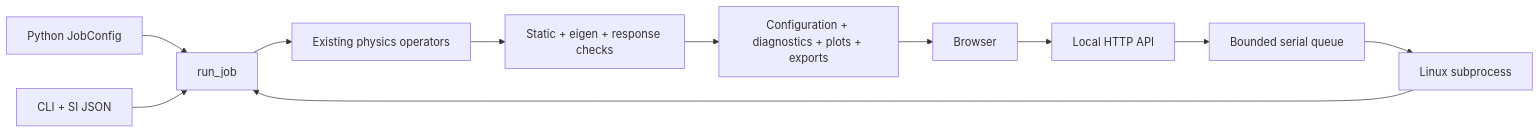
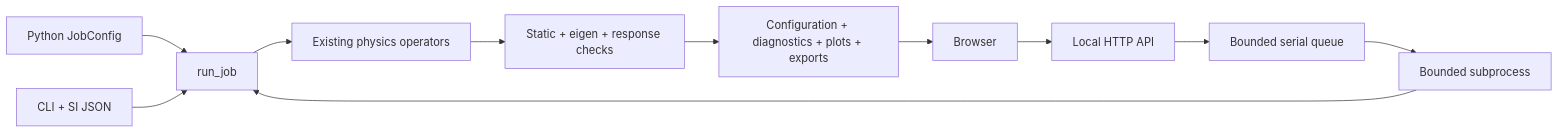
One commit to spinuni/spinfreq changed the diagram in docs/development/ARCHITECTURE.md. Above: the diagram before and after it, drawn with Mermaid. The commit also changed other lines of this file and 31 other files, not shown here.

````diff
--- a/docs/development/ARCHITECTURE.md
+++ b/docs/development/ARCHITECTURE.md
@@ -23,13 +24,13 @@
 ```mermaid
 flowchart LR
   Python[Python JobConfig] --> Runner[run_job]
   CLI[CLI + SI JSON] --> Runner
   Browser[Browser] --> API[Local HTTP API]
   API --> Queue[Bounded serial queue]
-  Queue --> Worker[Linux subprocess]
+  Queue --> Worker[Bounded subprocess]
   Worker --> Runner
   Runner --> Physics[Existing physics operators]
   Physics --> Checks[Static + eigen + response checks]
   Checks --> Results[Configuration + diagnostics + plots + exports]
   Results --> Browser
 ```
````
